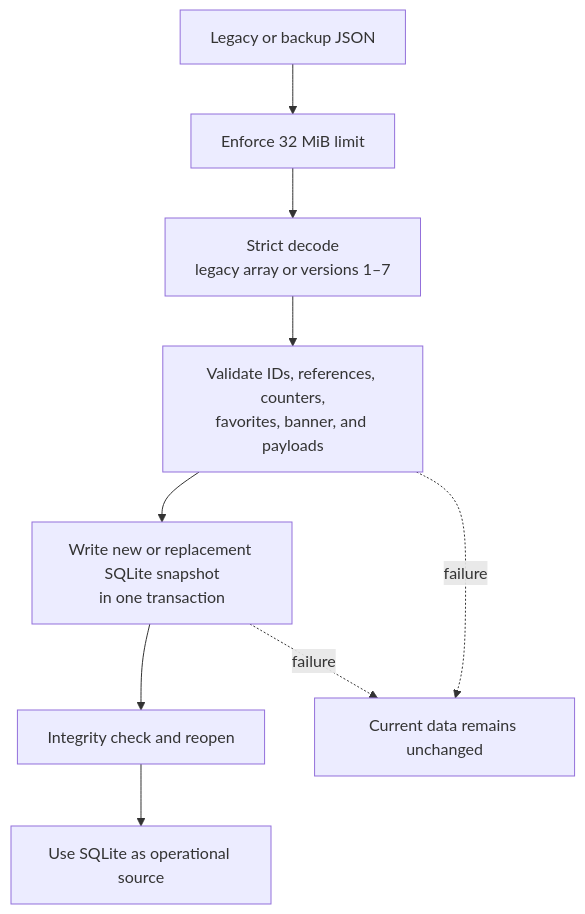
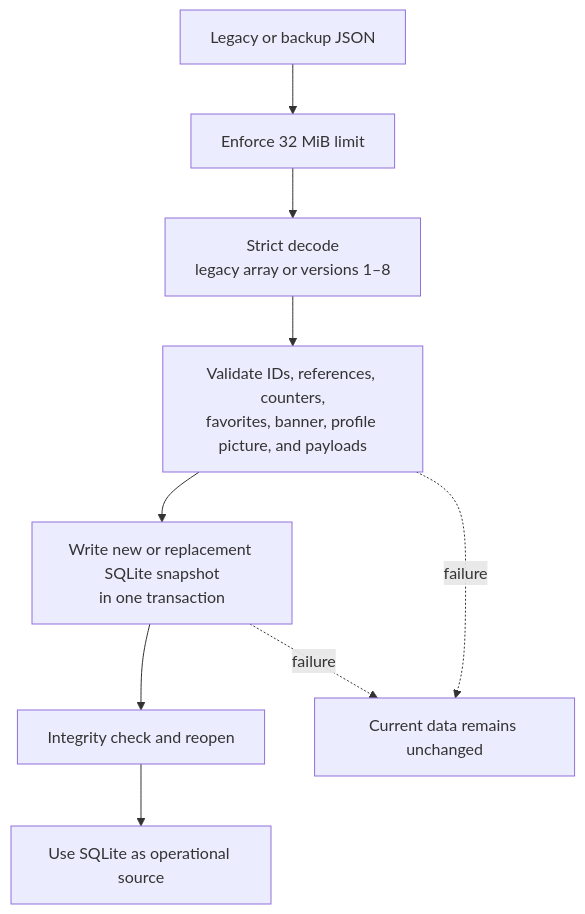
The fourth of 5 diagrams in DIAGRAMS.MD (GMkonan/honne), drawn with Mermaid before and after one commit. The commit also changed other lines of this file and 16 other files, not shown here.

````diff
--- a/DIAGRAMS.MD
+++ b/DIAGRAMS.MD
@@ -115,12 +117,12 @@
 ```mermaid
 flowchart TD
     Input[Legacy or backup JSON] --> Limit[Enforce 32 MiB limit]
-    Limit --> Decode[Strict decode\nlegacy array or versions 1–7]
-    Decode --> Validate[Validate IDs, references, counters,\nfavorites, banner, and payloads]
+    Limit --> Decode[Strict decode\nlegacy array or versions 1–8]
+    Decode --> Validate[Validate IDs, references, counters,\nfavorites, banner, profile picture, and payloads]
     Validate --> Tx[Write new or replacement SQLite snapshot\nin one transaction]
     Tx --> Integrity[Integrity check and reopen]
     Integrity --> Ready[Use SQLite as operational source]
 
     Validate -. failure .-> Unchanged[Current data remains unchanged]
     Tx -. failure .-> Unchanged
 ```
````
